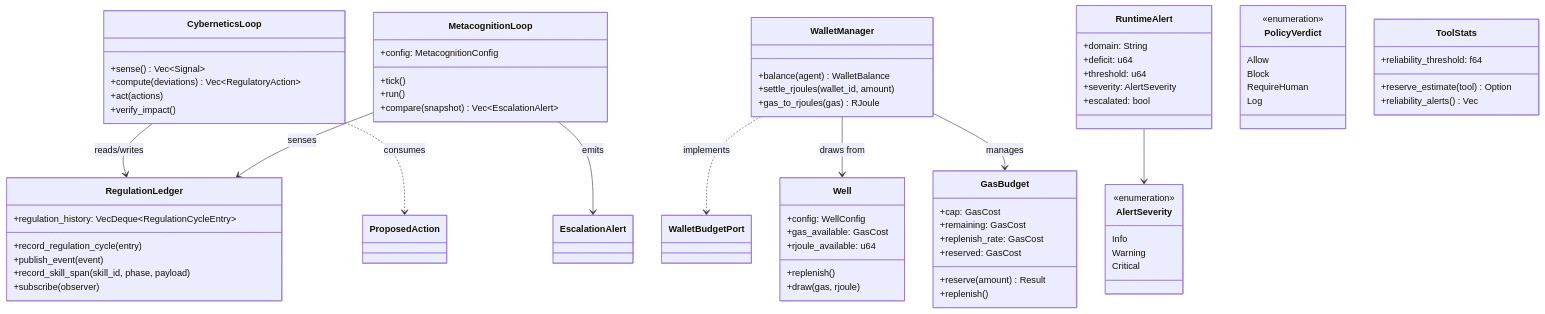
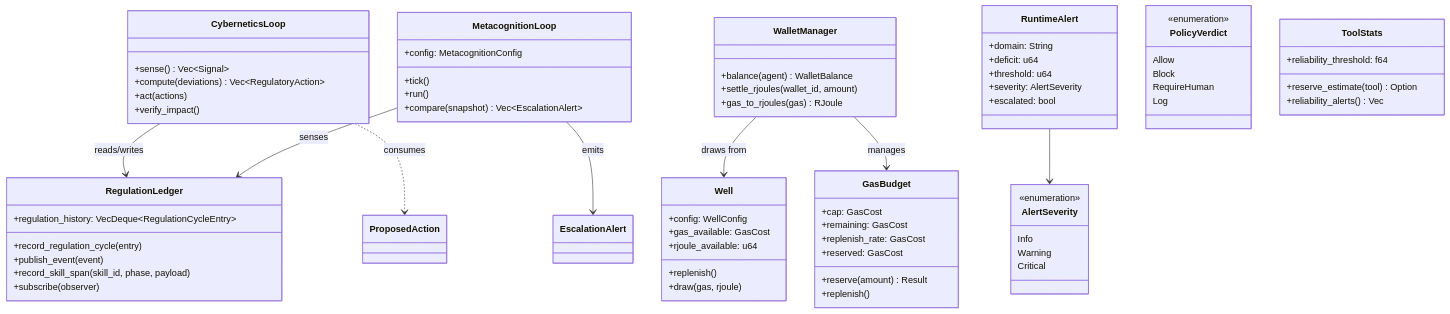
Before and after one commit to mdz-axo/zed-kask: the diagram in kask/docs/diataxis/hkask-regulation/reference.md, drawn with Mermaid. The commit also changed other lines of this file and 17 other files, not shown here.

````diff
--- a/kask/docs/diataxis/hkask-regulation/reference.md
+++ b/kask/docs/diataxis/hkask-regulation/reference.md
@@ -68,76 +67,75 @@
 ```mermaid
 classDiagram
     class RegulationLedger {
         +regulation_history: VecDeque~RegulationCycleEntry~
         +record_regulation_cycle(entry)
         +publish_event(event)
         +record_skill_span(skill_id, phase, payload)
         +subscribe(observer)
     }
     class CyberneticsLoop {
         +sense() Vec~Signal~
         +compute(deviations) Vec~RegulatoryAction~
         +act(actions)
         +verify_impact()
     }
     class MetacognitionLoop {
         +config: MetacognitionConfig
         +tick()
         +run()
         +compare(snapshot) Vec~EscalationAlert~
     }
     class WalletManager {
         +balance(agent) WalletBalance
         +settle_rjoules(wallet_id, amount)
         +gas_to_rjoules(gas) RJoule
     }
     class Well {
         +config: WellConfig
         +gas_available: GasCost
         +rjoule_available: u64
         +replenish()
         +draw(gas, rjoule)
     }
     class GasBudget {
         +cap: GasCost
         +remaining: GasCost
         +replenish_rate: GasCost
         +reserved: GasCost
         +reserve(amount) Result
         +replenish()
     }
     class RuntimeAlert {
         +domain: String
         +deficit: u64
         +threshold: u64
         +severity: AlertSeverity
         +escalated: bool
     }
     class AlertSeverity {
         <<enumeration>>
         Info
         Warning
         Critical
     }
     class PolicyVerdict {
         <<enumeration>>
         Allow
         Block
         RequireHuman
         Log
     }
     class ToolStats {
         +reliability_threshold: f64
         +reserve_estimate(tool) Option
         +reliability_alerts() Vec
     }
 
     CyberneticsLoop --> RegulationLedger : reads/writes
     MetacognitionLoop --> RegulationLedger : senses
     CyberneticsLoop ..> ProposedAction : consumes
     MetacognitionLoop --> EscalationAlert : emits
     RuntimeAlert --> AlertSeverity
-    WalletManager ..> WalletBudgetPort : implements
     WalletManager --> Well : draws from
     WalletManager --> GasBudget : manages
 ```
````
